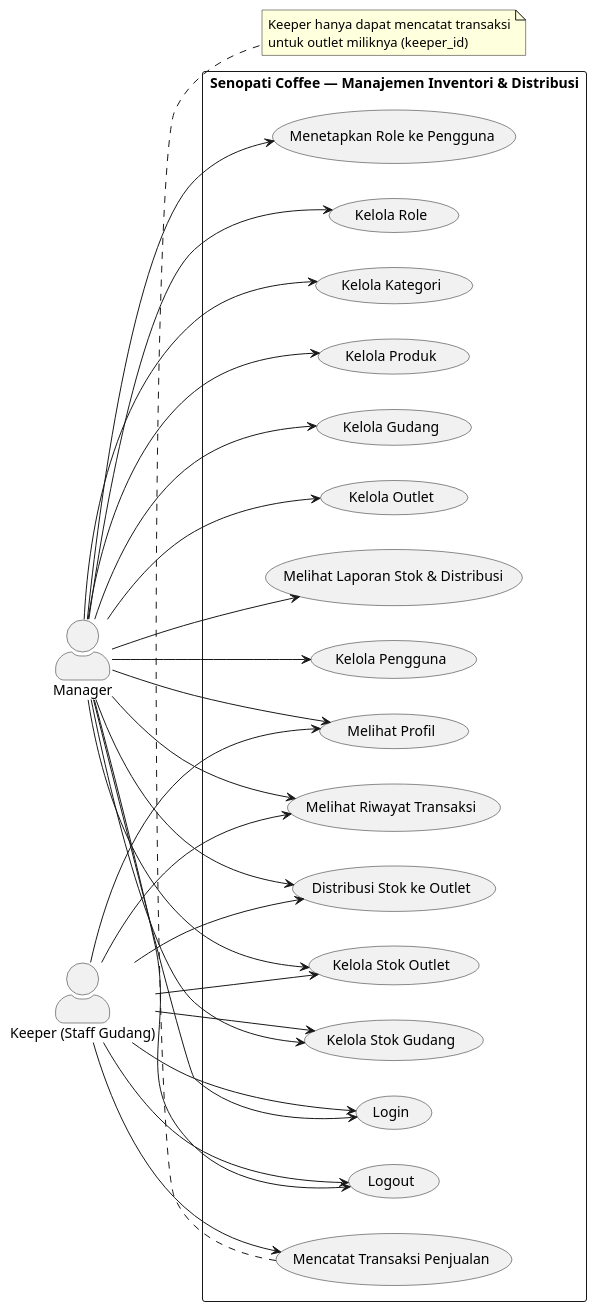
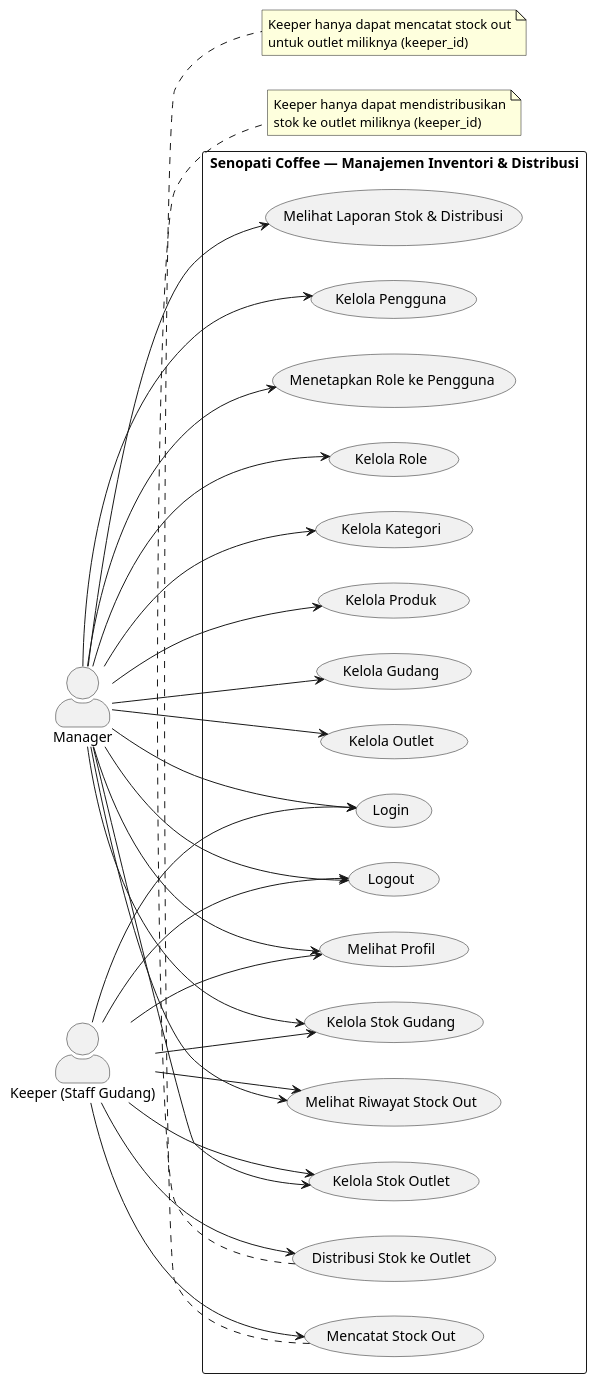
Before and after one commit to Dedemahendra1/coffee-warehouse-frontend: the first of 12 diagrams in docs/DOKUMENTASI.md, drawn with PlantUML. The commit also changed other lines of this file and 17 other files, not shown here.

Commit message:
fix: add outlet filter to stock report

````diff
--- a/docs/DOKUMENTASI.md
+++ b/docs/DOKUMENTASI.md
@@ -481,60 +499,64 @@
 ```plantuml
 @startuml
 left to right direction
 skinparam actorStyle awesome
 
 actor "Manager" as M
 actor "Keeper (Staff Gudang)" as K
 
 rectangle "Senopati Coffee — Manajemen Inventori & Distribusi" {
   usecase "Login" as UC1
   usecase "Logout" as UC2
   usecase "Melihat Profil" as UC3
   usecase "Kelola Kategori" as UC4
   usecase "Kelola Produk" as UC5
   usecase "Kelola Gudang" as UC6
   usecase "Kelola Stok Gudang" as UC7
   usecase "Kelola Outlet" as UC8
   usecase "Distribusi Stok ke Outlet" as UC9
   usecase "Kelola Stok Outlet" as UC10
-  usecase "Mencatat Transaksi Penjualan" as UC11
-  usecase "Melihat Riwayat Transaksi" as UC12
+  usecase "Mencatat Stock Out" as UC11
+  usecase "Melihat Riwayat Stock Out" as UC12
   usecase "Melihat Laporan Stok & Distribusi" as UC13
   usecase "Kelola Pengguna" as UC14
   usecase "Menetapkan Role ke Pengguna" as UC15
   usecase "Kelola Role" as UC16
 
   M --> UC1
   K --> UC1
 
   M --> UC2
   K --> UC2
 
   M --> UC3
   K --> UC3
 
   M --> UC4
   M --> UC5
   M --> UC6
   M --> UC7
   K --> UC7
   M --> UC8
-  M --> UC9
   K --> UC9
   M --> UC10
   K --> UC10
   K --> UC11
   M --> UC12
   K --> UC12
   M --> UC13
   M --> UC14
   M --> UC15
   M --> UC16
 }
 
+note bottom of UC9
+  Keeper hanya dapat mendistribusikan
+  stok ke outlet miliknya (keeper_id)
+end note
+
 note bottom of UC11
-  Keeper hanya dapat mencatat transaksi
+  Keeper hanya dapat mencatat stock out
   untuk outlet miliknya (keeper_id)
 end note
 @enduml
 ```
````
